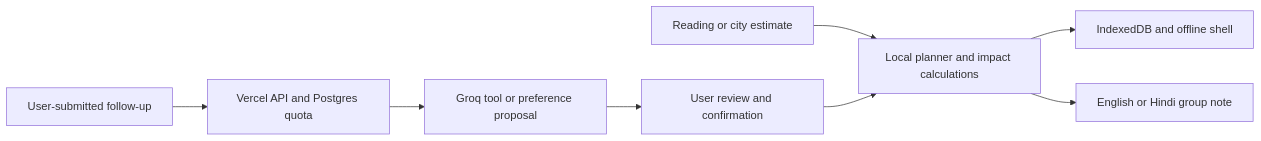
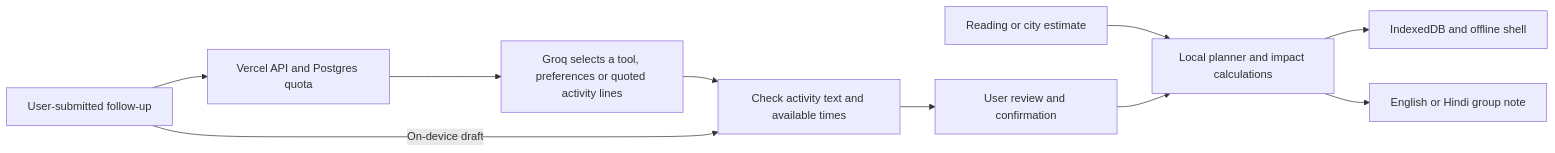
One commit to NoorRattan/AirDaybook changed the diagram in README.md. Above: the diagram before and after it, drawn with Mermaid. The commit also changed other lines of this file and 27 other files, not shown here.

````diff
--- a/README.md
+++ b/README.md
@@ -18,10 +27,12 @@
 ```mermaid
 flowchart LR
     Reading[Reading or city estimate] --> Planner[Local planner and impact calculations]
     Planner --> Draft[IndexedDB and offline shell]
     Planner --> Note[English or Hindi group note]
     Text[User-submitted follow-up] --> Quota[Vercel API and Postgres quota]
-    Quota --> Groq[Groq tool or preference proposal]
-    Groq --> Review[User review and confirmation]
+    Quota --> Groq[Groq selects a tool, preferences or quoted activity lines]
+    Groq --> Validate[Check activity text and available times]
+    Text -->|On-device draft| Validate
+    Validate --> Review[User review and confirmation]
     Review --> Planner
 ```
````
